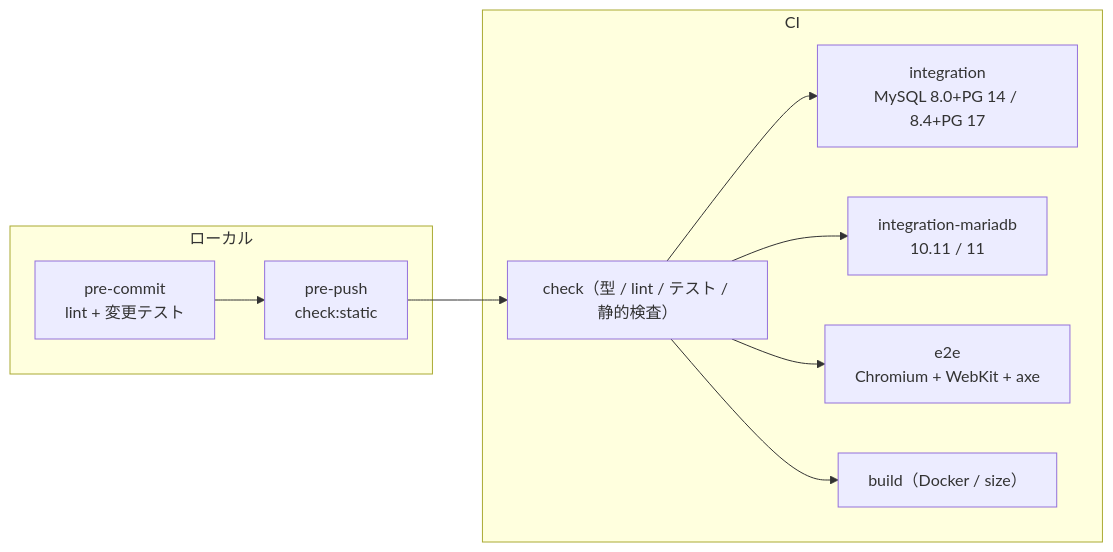
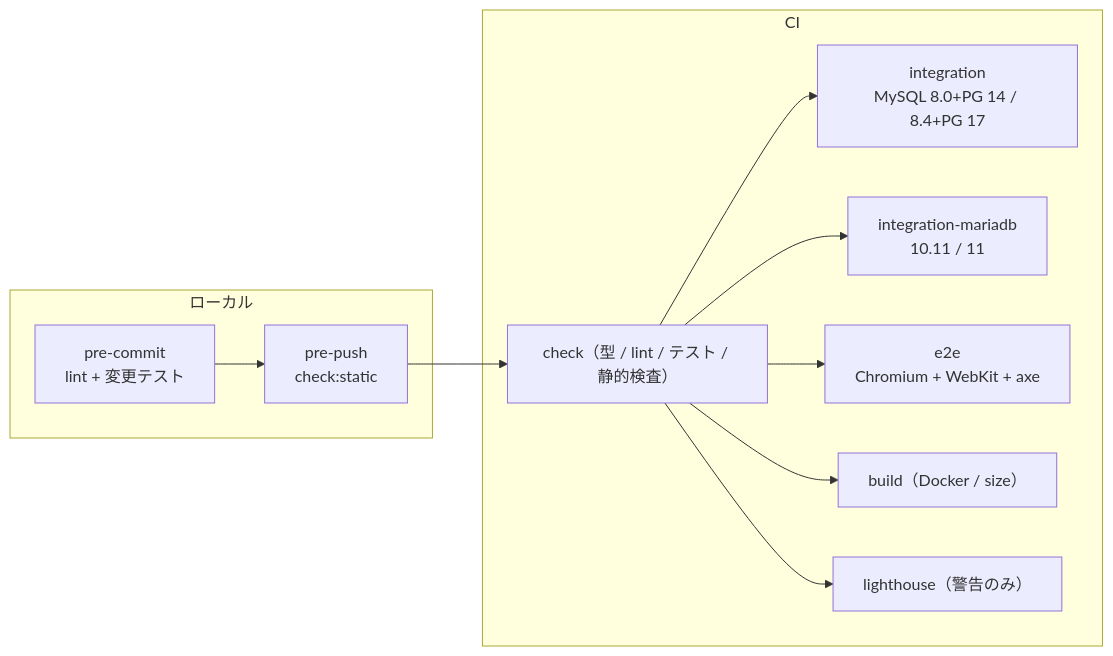
Diagram 11 of 11 in docs/architecture.md (ip-san/tsmyadmin), drawn with Mermaid before and after one commit. The commit also changed other lines of this file and 9 other files, not shown here.

````diff
--- a/docs/architecture.md
+++ b/docs/architecture.md
@@ -248,15 +288,16 @@
 ```mermaid
 flowchart LR
   subgraph local["ローカル"]
     pc["pre-commit<br/>lint + 変更テスト"] --> pp["pre-push<br/>check:static"]
   end
   subgraph ci["CI"]
     chk["check（型 / lint / テスト / 静的検査）"]
     int["integration<br/>MySQL 8.0+PG 14 / 8.4+PG 17"]
     ma["integration-mariadb<br/>10.11 / 11"]
     e2e["e2e<br/>Chromium + WebKit + axe"]
     build["build（Docker / size）"]
-    chk --> int & ma & e2e & build
+    lh["lighthouse（警告のみ）"]
+    chk --> int & ma & e2e & build & lh
   end
   pp --> chk
 ```
````
